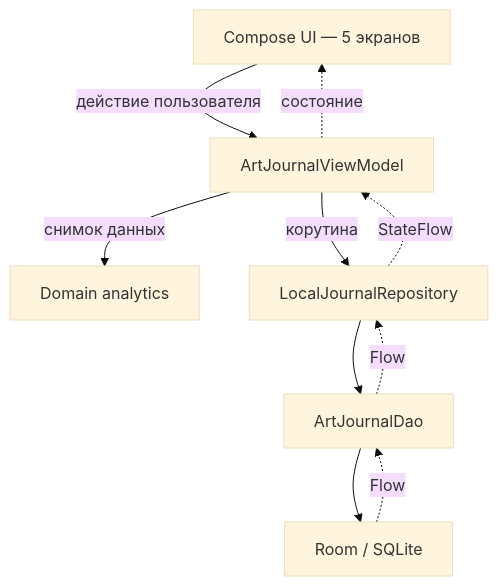
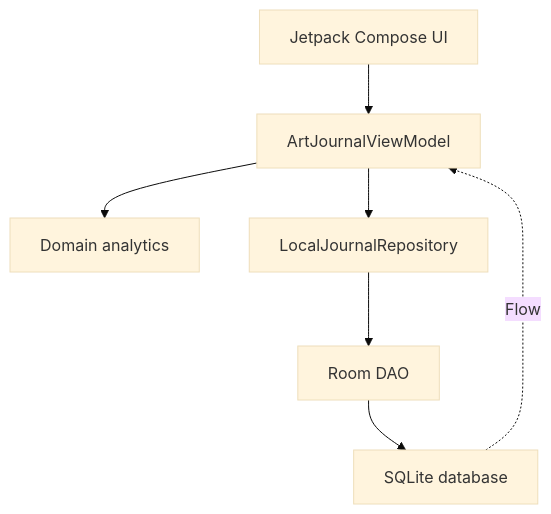
One commit to ajuia-m/artjournal changed the first of 2 diagrams in README.md. Above: the diagram before and after it, drawn with Mermaid (base theme). The commit also changed other lines of this file and 10 other files, not shown here.

````diff
--- a/README.md
+++ b/README.md
@@ -159,12 +90,9 @@
 ```mermaid
 flowchart TD
-    UI["Compose UI — 5 экранов"] -->|действие пользователя| VM["ArtJournalViewModel"]
-    VM -->|снимок данных| Analytics["Domain analytics"]
-    VM -->|корутина| Repository["LocalJournalRepository"]
-    Repository --> DAO["ArtJournalDao"]
-    DAO --> DB["Room / SQLite"]
-    DB -. Flow .-> DAO
-    DAO -. Flow .-> Repository
-    Repository -. StateFlow .-> VM
-    VM -. состояние .-> UI
+    UI["Jetpack Compose UI"] --> VM["ArtJournalViewModel"]
+    VM --> Domain["Domain analytics"]
+    VM --> Repository["LocalJournalRepository"]
+    Repository --> DAO["Room DAO"]
+    DAO --> DB["SQLite database"]
+    DB -. Flow .-> VM
 ```
````
